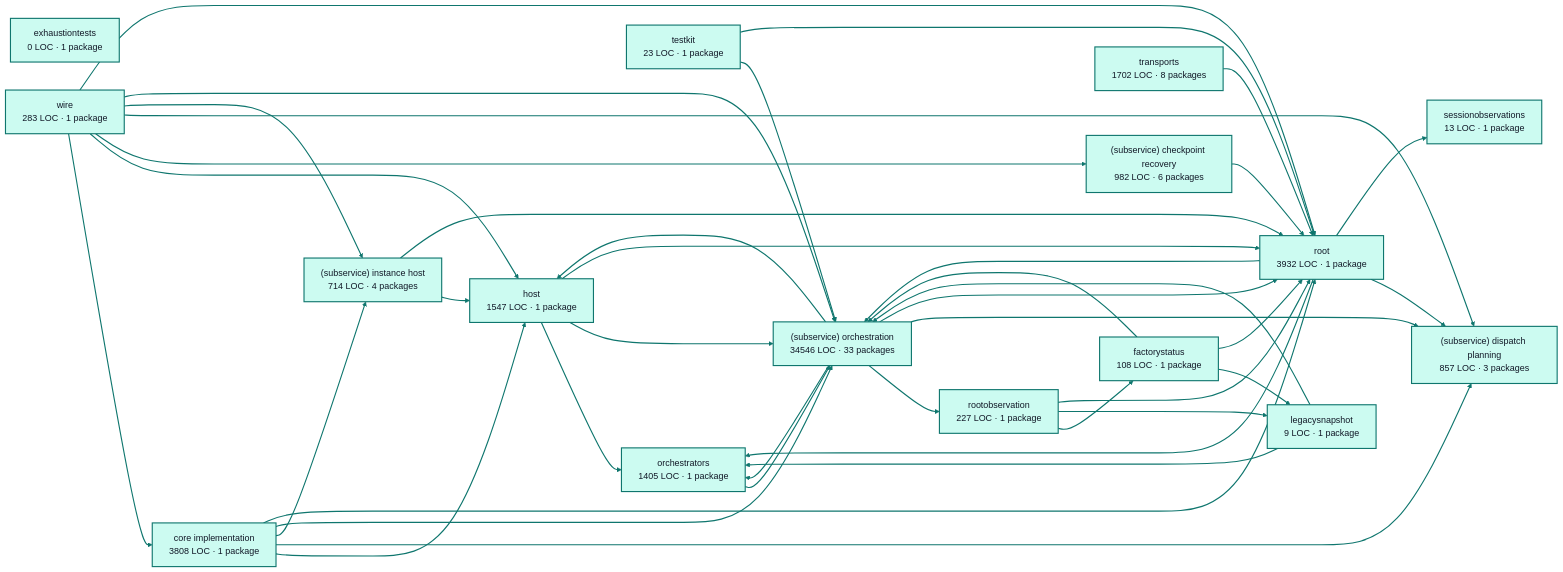
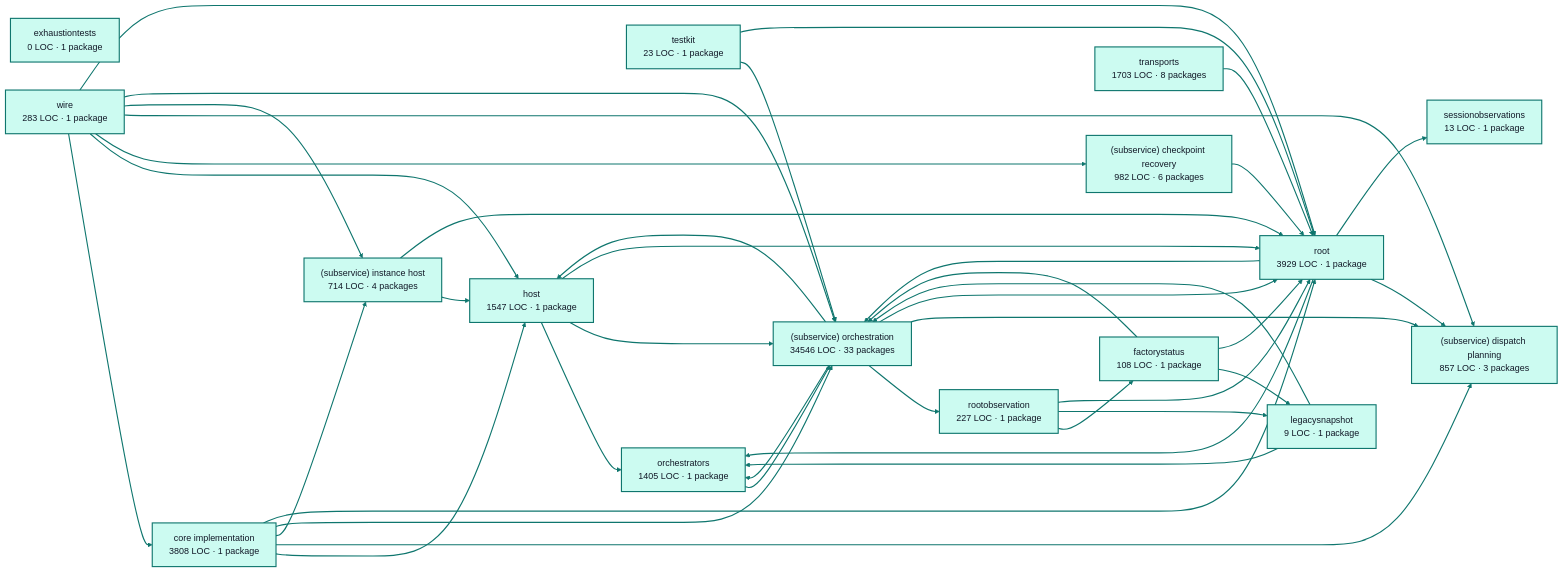
One commit to portpowered/you-agent-factory changed the diagram in docs/architecture/visualizations/services/factory_runtime.md. Above: the diagram before and after it, drawn with Mermaid. The commit also changed other lines of this file and 20 other files, not shown here.

Commit message:
docs: refresh backend architecture visualizations

````diff
--- a/docs/architecture/visualizations/services/factory_runtime.md
+++ b/docs/architecture/visualizations/services/factory_runtime.md
@@ -11,75 +11,75 @@
 ```mermaid
 flowchart LR
   p0["core implementation<br/>3808 LOC · 1 package"]
   p1["exhaustiontests<br/>0 LOC · 1 package"]
   p2["factorystatus<br/>108 LOC · 1 package"]
   p3["host<br/>1547 LOC · 1 package"]
   p4["legacysnapshot<br/>9 LOC · 1 package"]
   p5["orchestrators<br/>1405 LOC · 1 package"]
   p6["rootobservation<br/>227 LOC · 1 package"]
   p7["(subservice) checkpoint recovery<br/>982 LOC · 6 packages"]
   p8["(subservice) dispatch planning<br/>857 LOC · 3 packages"]
   p9["(subservice) instance host<br/>714 LOC · 4 packages"]
   p10["(subservice) orchestration<br/>34546 LOC · 33 packages"]
   p11["sessionobservations<br/>13 LOC · 1 package"]
   p12["testkit<br/>23 LOC · 1 package"]
-  p13["root<br/>3932 LOC · 1 package"]
-  p14["transports<br/>1702 LOC · 8 packages"]
+  p13["root<br/>3929 LOC · 1 package"]
+  p14["transports<br/>1703 LOC · 8 packages"]
   p15["wire<br/>283 LOC · 1 package"]
   p0 --> p3
   p0 --> p8
   p0 --> p9
   p0 --> p10
   p0 --> p13
   p2 --> p4
   p2 --> p10
   p2 --> p13
   p3 --> p5
   p3 --> p10
   p3 --> p13
   p4 --> p5
   p4 --> p10
   p5 --> p10
   p6 --> p2
   p6 --> p4
   p6 --> p13
   p7 --> p13
   p9 --> p3
   p9 --> p13
   p10 --> p3
   p10 --> p5
   p10 --> p6
   p10 --> p8
   p10 --> p13
   p12 --> p10
   p12 --> p13
   p13 --> p5
   p13 --> p8
   p13 --> p10
   p13 --> p11
   p14 --> p13
   p15 --> p0
   p15 --> p3
   p15 --> p7
   p15 --> p8
   p15 --> p9
   p15 --> p10
   p15 --> p13
   style p0 fill:#ccfbf1,stroke:#0f766e,stroke-width:2px,color:#111827
   style p1 fill:#ccfbf1,stroke:#0f766e,stroke-width:2px,color:#111827
   style p2 fill:#ccfbf1,stroke:#0f766e,stroke-width:2px,color:#111827
   style p3 fill:#ccfbf1,stroke:#0f766e,stroke-width:2px,color:#111827
   style p4 fill:#ccfbf1,stroke:#0f766e,stroke-width:2px,color:#111827
   style p5 fill:#ccfbf1,stroke:#0f766e,stroke-width:2px,color:#111827
   style p6 fill:#ccfbf1,stroke:#0f766e,stroke-width:2px,color:#111827
   style p7 fill:#ccfbf1,stroke:#0f766e,stroke-width:2px,color:#111827
   style p8 fill:#ccfbf1,stroke:#0f766e,stroke-width:2px,color:#111827
   style p9 fill:#ccfbf1,stroke:#0f766e,stroke-width:2px,color:#111827
   style p10 fill:#ccfbf1,stroke:#0f766e,stroke-width:2px,color:#111827
   style p11 fill:#ccfbf1,stroke:#0f766e,stroke-width:2px,color:#111827
   style p12 fill:#ccfbf1,stroke:#0f766e,stroke-width:2px,color:#111827
   style p13 fill:#ccfbf1,stroke:#0f766e,stroke-width:2px,color:#111827
   style p14 fill:#ccfbf1,stroke:#0f766e,stroke-width:2px,color:#111827
   style p15 fill:#ccfbf1,stroke:#0f766e,stroke-width:2px,color:#111827
   linkStyle default stroke:#0f766e,stroke-width:2px
 ```
````
